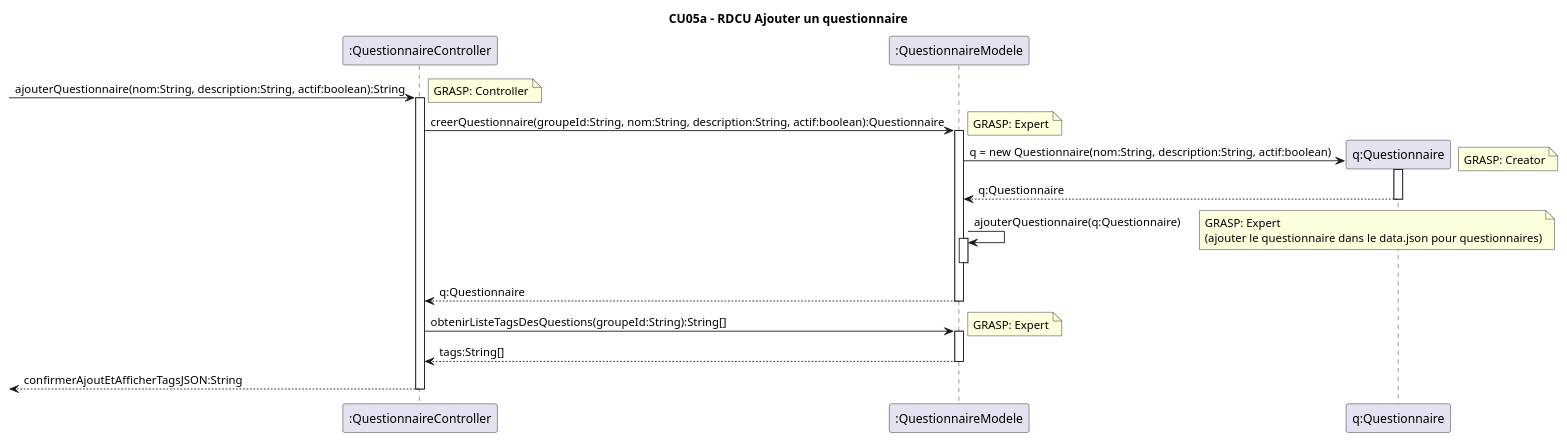
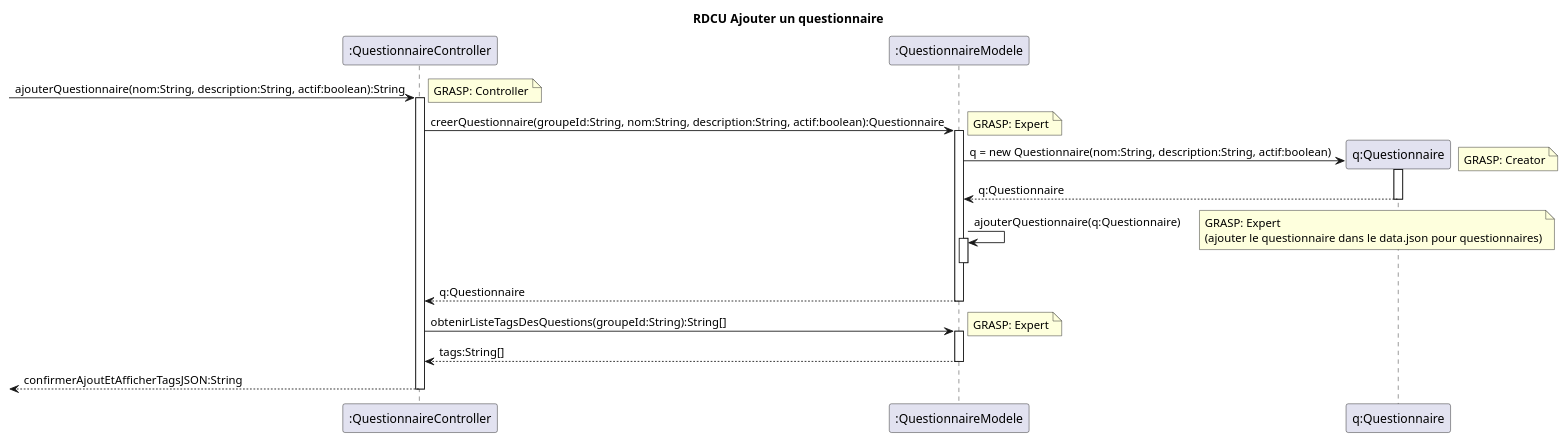
One commit to xMrYahya/moodle-clone changed the diagram in docs/modeles/cu05/rdcu-ajouter-questionnaire.puml. Above: the diagram before and after it, drawn with PlantUML. The commit also changed 14 other files, not shown here.

Commit message:
fix de noms de diagrammes

```diff
--- a/docs/modeles/cu05/rdcu-ajouter-questionnaire.puml
+++ b/docs/modeles/cu05/rdcu-ajouter-questionnaire.puml
@@ -1,37 +1,37 @@
 @startuml
-title CU05a - RDCU Ajouter un questionnaire
+title RDCU Ajouter un questionnaire
 
 participant ":QuestionnaireController" as controller
 participant ":QuestionnaireModele" as questionnaireModele
 participant "q:Questionnaire" as questionnaire
 
 -> controller : ajouterQuestionnaire(nom:String, description:String, actif:boolean):String
 note right: GRASP: Controller
 activate controller
 controller -> questionnaireModele : creerQuestionnaire(groupeId:String, nom:String, description:String, actif:boolean):Questionnaire
 note right: GRASP: Expert
 activate questionnaireModele
 create questionnaire
 questionnaireModele -> questionnaire : q = new Questionnaire(nom:String, description:String, actif:boolean)
 note right: GRASP: Creator
 activate questionnaire
 questionnaire --> questionnaireModele : q:Questionnaire
 deactivate questionnaire
 questionnaireModele -> questionnaireModele ++: ajouterQuestionnaire(q:Questionnaire)
 note right
 GRASP: Expert
 (ajouter le questionnaire dans le data.json pour questionnaires)
 end note
 deactivate questionnaireModele
 questionnaireModele --> controller : q:Questionnaire
 deactivate questionnaireModele
 'peut etre changer la classe qui recoit obtenirListeTagsDesQuestions() pour ne pas que le modele de questionnaire soit oblige de connaitre les tags
 controller -> questionnaireModele : obtenirListeTagsDesQuestions(groupeId:String):String[]
 note right: GRASP: Expert
 activate questionnaireModele
 questionnaireModele --> controller : tags:String[]
 deactivate questionnaireModele
 <-- controller : confirmerAjoutEtAfficherTagsJSON:String
 deactivate controller
 
 @enduml
```
